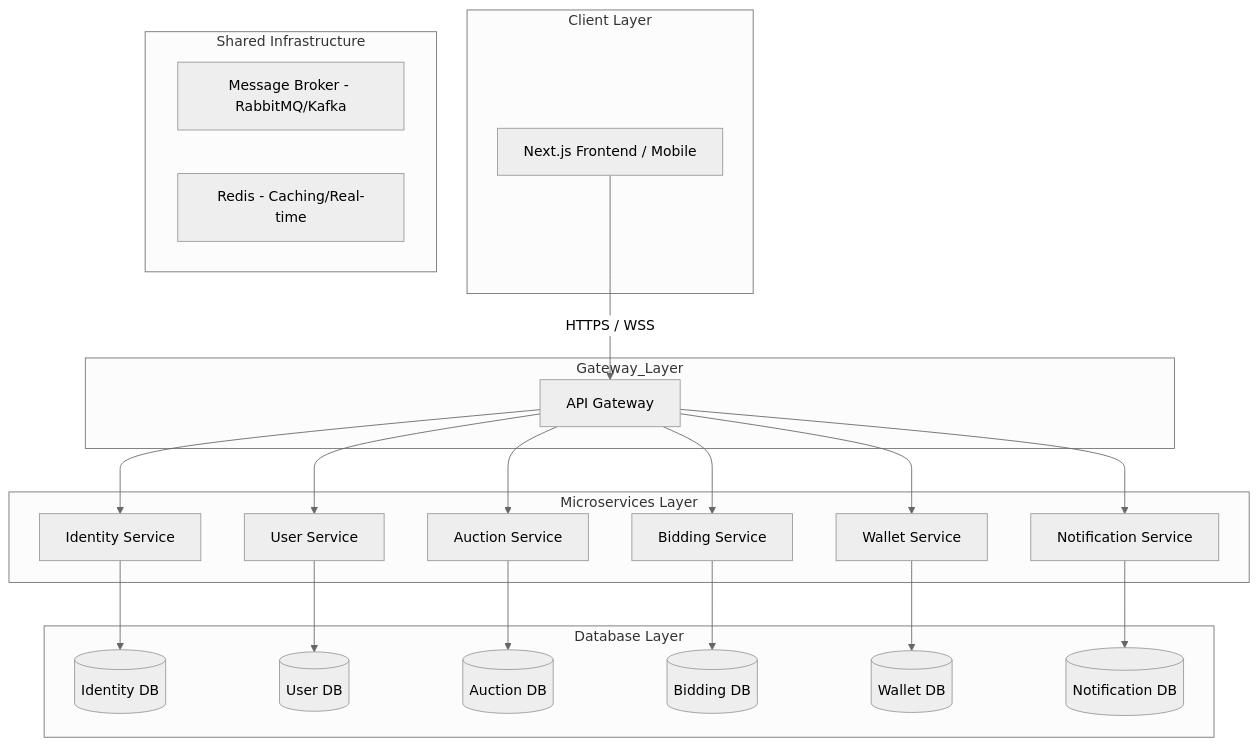
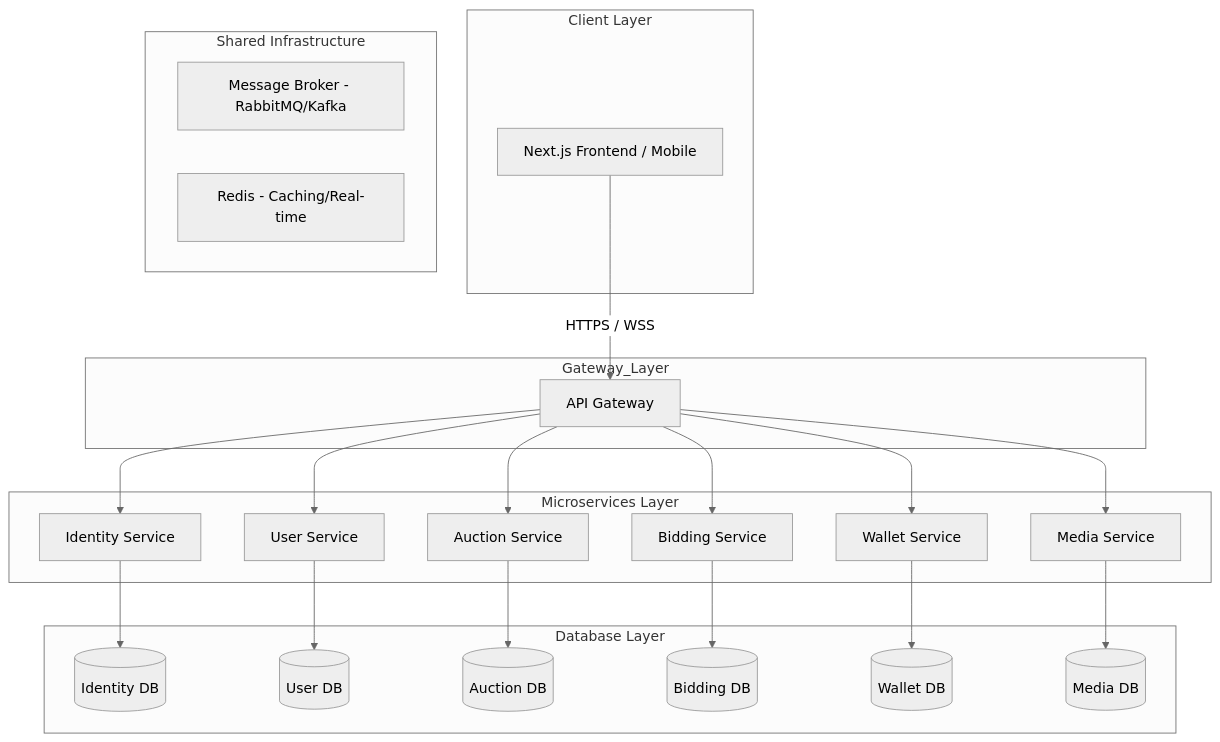
The diagram in docs/architecture.md (KhoaLy2003/bidnow), drawn with Mermaid (neutral theme) before and after one commit. The commit also changed other lines of this file and 88 other files, not shown here.

````diff
--- a/docs/architecture.md
+++ b/docs/architecture.md
@@ -67,52 +67,52 @@
 ```mermaid
 graph TD
     %% Layers Definition
     subgraph Client_Layer [Client Layer]
         Client[Next.js Frontend / Mobile]
     end
 
     subgraph Gateway_Layer
         Gateway[API Gateway]
     end
 
     subgraph Microservices_Layer [Microservices Layer]
         Identity[Identity Service]
         User[User Service]
         Auction[Auction Service]
         Bidding[Bidding Service]
         Wallet[Wallet Service]
-        Notify[Notification Service]
+        Notify[Media Service]
     end
 
     subgraph Infrastructure [Shared Infrastructure]
         Broker[Message Broker - RabbitMQ/Kafka]
         Cache[Redis - Caching/Real-time]
     end
 
     subgraph Database_Layer [Database Layer]
         DB_ID[(Identity DB)]
         DB_User[(User DB)]
         DB_Auc[(Auction DB)]
         DB_Bid[(Bidding DB)]
         DB_Wal[(Wallet DB)]
-        DB_Not[(Notification DB)]
+        DB_Not[(Media DB)]
     end
 
     %% Connections
     Client -->|HTTPS / WSS| Gateway
 
     Gateway --> Identity
     Gateway --> User
     Gateway --> Auction
     Gateway --> Bidding
     Gateway --> Wallet
     Gateway --> Notify
 
     %% Service to DB mappings
     Identity --> DB_ID
     User --> DB_User
     Auction --> DB_Auc
     Bidding --> DB_Bid
     Wallet --> DB_Wal
     Notify --> DB_Not
 ```
````
